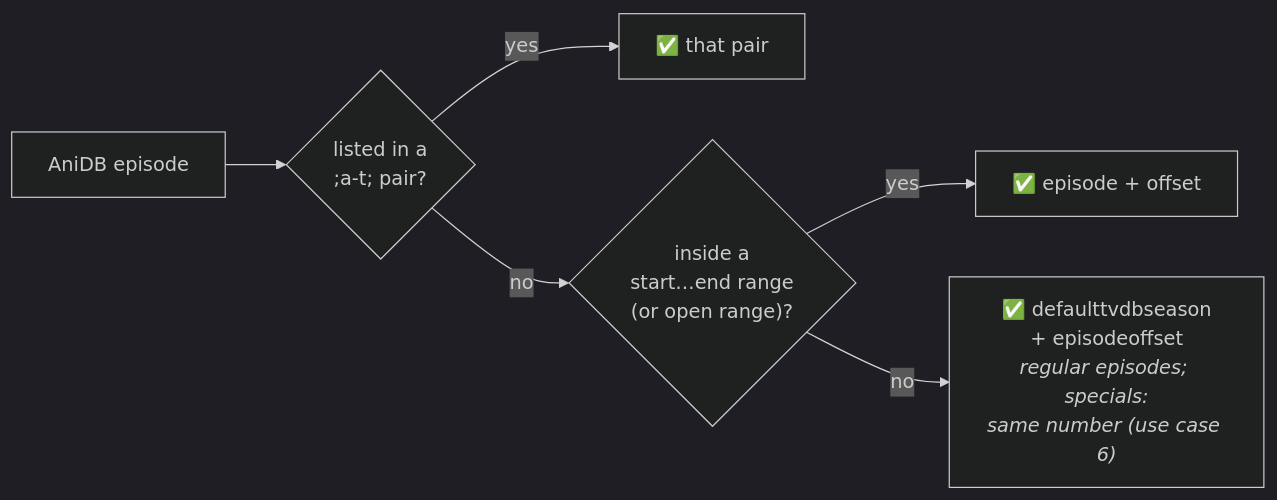
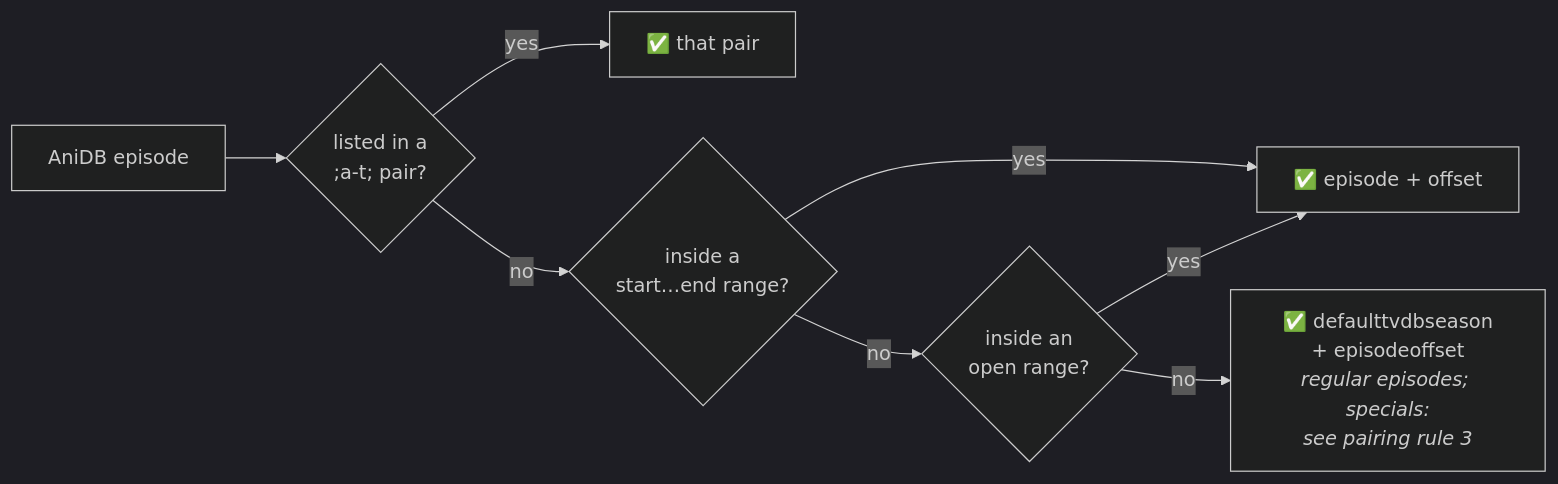
One commit to KurtzPT/kizuna changed the first of 2 diagrams in MAPPING.md. Above: the diagram before and after it, drawn with Mermaid (dark theme). The commit also changed other lines of this file and 1 other file, not shown here.

````diff
--- a/MAPPING.md
+++ b/MAPPING.md
@@ -85,8 +90,10 @@
 ```mermaid
 flowchart LR
     A["AniDB episode"] --> P{"listed in a<br/>;a-t; pair?"}
     P -- yes --> R1["✅ that pair"]
-    P -- no --> G{"inside a<br/>start…end range<br/>(or open range)?"}
+    P -- no --> G{"inside a<br/>start…end range?"}
     G -- yes --> R2["✅ episode + offset"]
-    G -- no --> D["✅ defaulttvdbseason<br/>+ episodeoffset<br/><i>regular episodes; specials:<br/>same number (use case 6)</i>"]
+    G -- no --> O{"inside an<br/>open range?"}
+    O -- yes --> R2
+    O -- no --> D["✅ defaulttvdbseason<br/>+ episodeoffset<br/><i>regular episodes; specials:<br/>see pairing rule 3</i>"]
 ```
````
